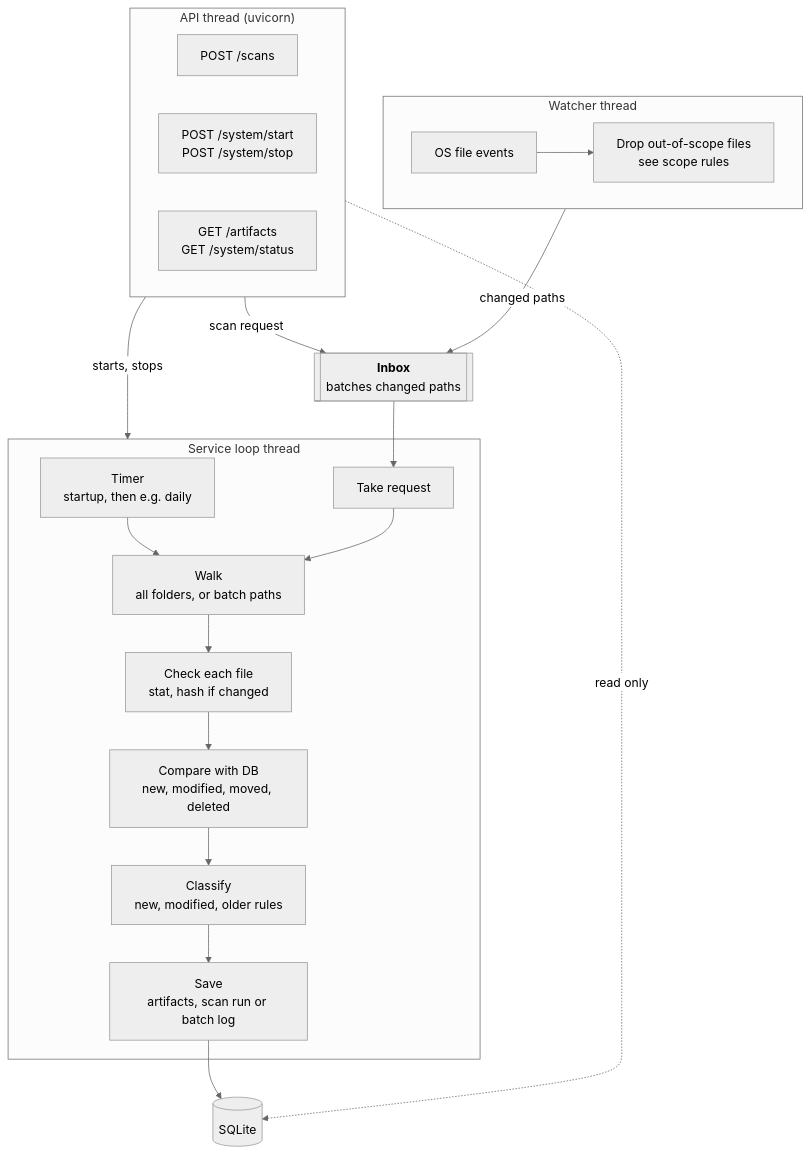
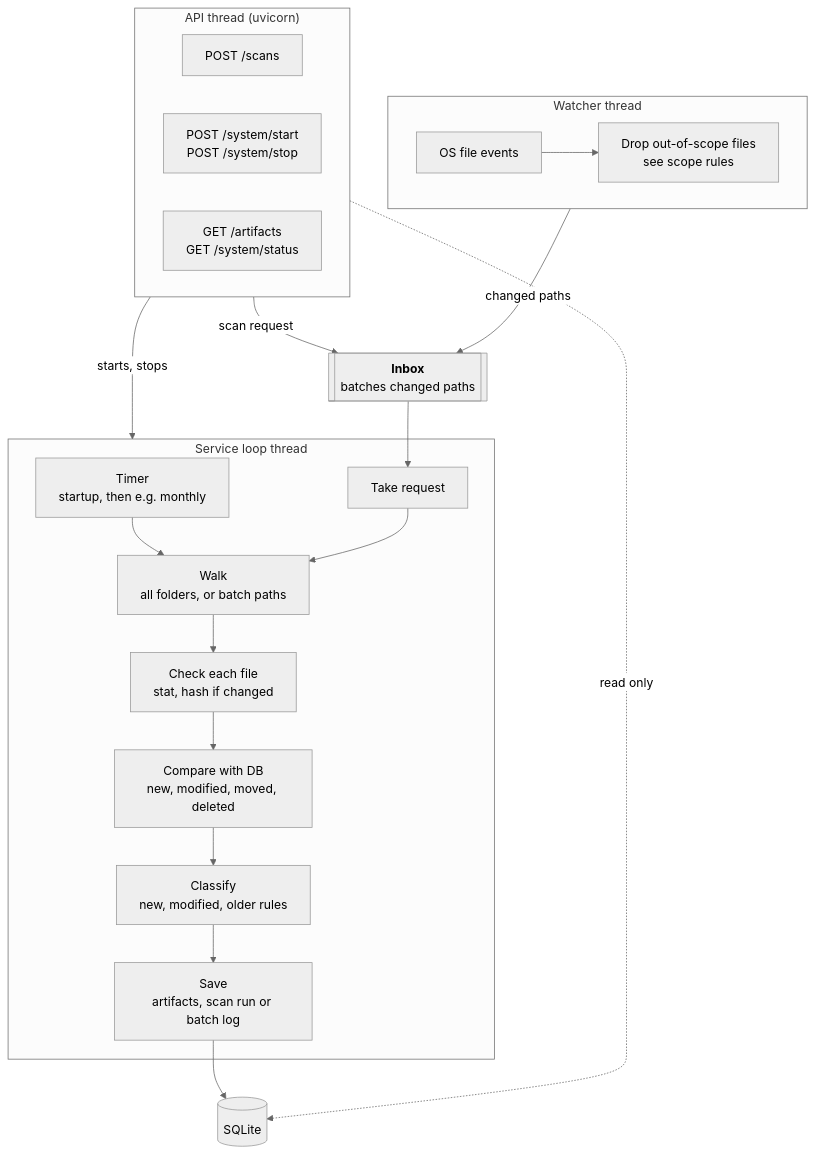
One commit to ym-liu/code-steward-agent changed the diagram in docs/architecture/data-flow.md. Above: the diagram before and after it, drawn with Mermaid (neutral theme). The commit also changed other lines of this file and 22 other files, not shown here.

````diff
--- a/docs/architecture/data-flow.md
+++ b/docs/architecture/data-flow.md
@@ -5,34 +5,34 @@
 ```mermaid
 flowchart TB
     subgraph watcherThread["Watcher thread"]
         direction LR
         osEvents["OS file events"] --> filter["Drop out-of-scope files<br/>see scope rules"]
     end
 
     subgraph apiThread["API thread (uvicorn)"]
         direction LR
         scanCommand["POST /scans"]
         lifecycle["POST /system/start<br/>POST /system/stop"]
         reads["GET /artifacts<br/>GET /system/status"]
     end
 
     inbox[["<b>Inbox</b><br/>batches changed paths"]]
 
     subgraph loopThread["Service loop thread"]
-        timer["Timer<br/>startup, then e.g. daily"] --> walk
+        timer["Timer<br/>startup, then e.g. monthly"] --> walk
         take["Take request"] --> walk["Walk<br/>all folders, or batch paths"]
         walk --> check["Check each file<br/>stat, hash if changed"]
         check --> compare["Compare with DB<br/>new, modified, moved, deleted"]
         compare --> classify["Classify<br/>new, modified, older rules"]
         classify --> save["Save<br/>artifacts, scan run or batch log"]
     end
 
     db[("SQLite")]
 
     filter -- "changed paths" --> inbox
     scanCommand -- "scan request" --> inbox
     inbox --> take
     lifecycle -- "starts, stops" --> loopThread
     save --> db
     reads -. "read only" .-> db
 ```
````
